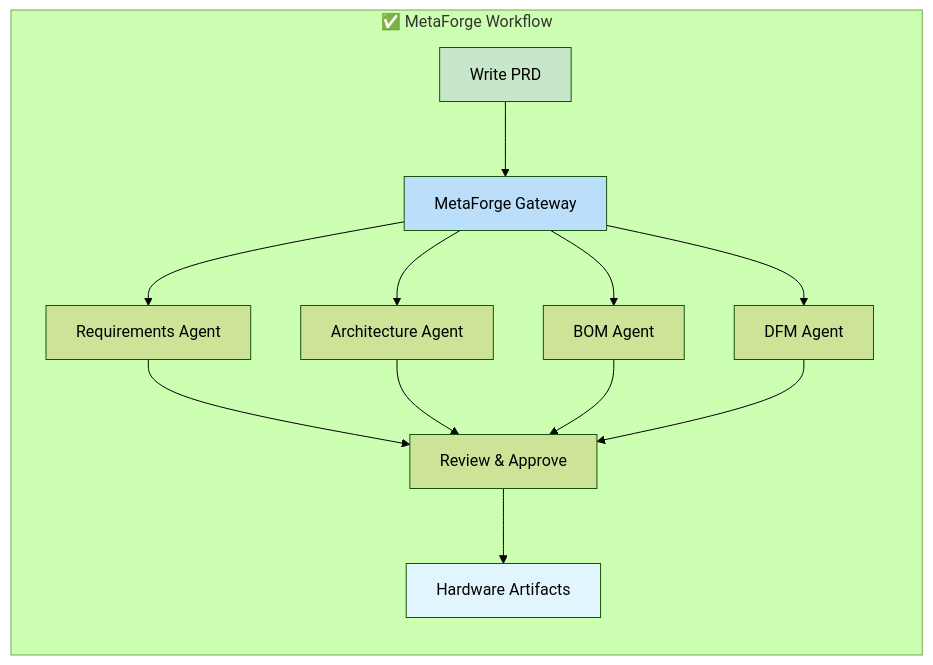
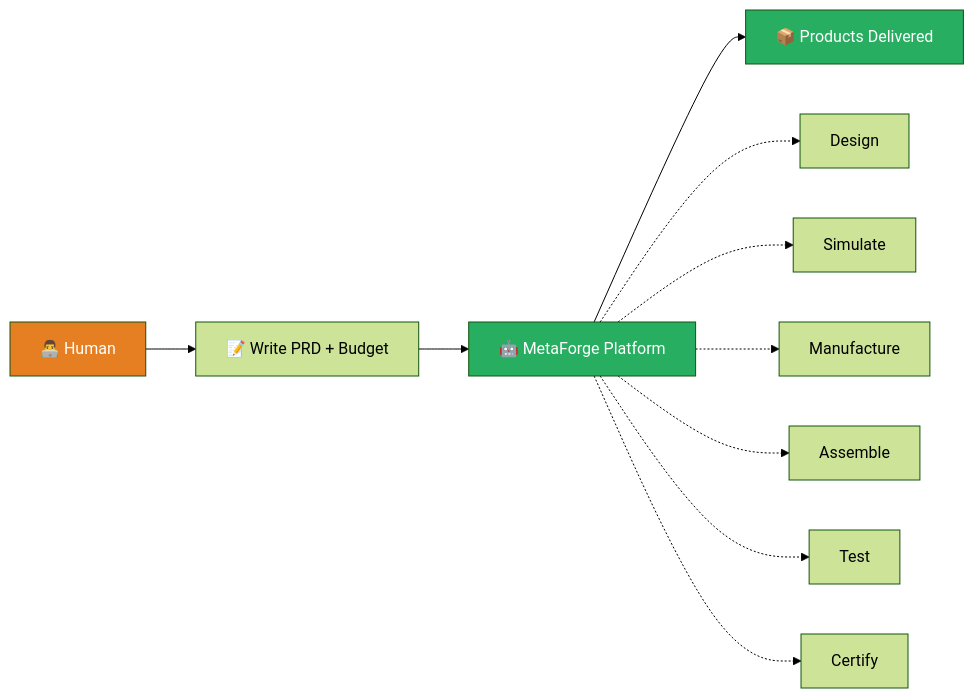
The ninth of 22 diagrams in docs/index.md (FidelOdok/MetaForge-Planner), drawn with Mermaid (forest theme) before and after one commit. The commit also changed other lines of this file and 2 other files, not shown here.

First line of the commit message:
docs: update MetaForge documentation to reflect new platform vision and address hardware development challenges

````diff
--- a/docs/index.md
+++ b/docs/index.md
@@ -52,19 +536,17 @@
 ```mermaid
 flowchart LR
-    subgraph MetaForge["✅ MetaForge Workflow"]
-        I[Write PRD] --> G[MetaForge Gateway]
-        G --> A1[Requirements Agent]
-        G --> A2[Architecture Agent]
-        G --> A3[BOM Agent]
-        G --> A4[DFM Agent]
-        A1 --> O[Review & Approve]
-        A2 --> O
-        A3 --> O
-        A4 --> O
-        O --> H[Hardware Artifacts]
-    end
+    H1[👨‍💻 Human] --> A1[📝 Write PRD + Budget]
+    A1 --> A2[🤖 MetaForge Platform]
+    A2 --> A3[📦 Products Delivered]
 
-    style I fill:#c8e6c9
-    style G fill:#bbdefb
-    style H fill:#e1f5fe
+    A2 -.-> S1[Design]
+    A2 -.-> S2[Simulate]
+    A2 -.-> S3[Manufacture]
+    A2 -.-> S4[Assemble]
+    A2 -.-> S5[Test]
+    A2 -.-> S6[Certify]
+
+    style H1 fill:#E67E22,color:#fff
+    style A2 fill:#27ae60,color:#fff
+    style A3 fill:#27ae60,color:#fff
 ```
````
